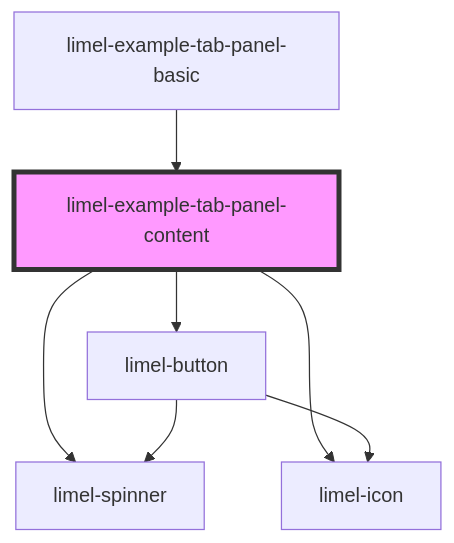
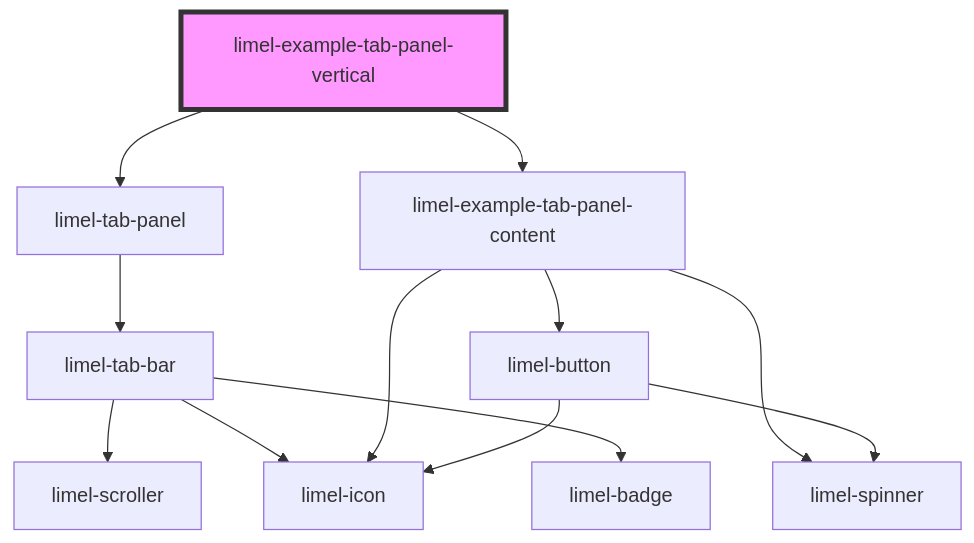
The diagram in versions/PR-4363/markdown-docs/components/tab-panel/examples/readme.md (Lundalogik/lime-elements), drawn with Mermaid before and after one commit. The commit also changed other lines of this file and 591 other files, not shown here.

````diff
--- a/versions/PR-4363/markdown-docs/components/tab-panel/examples/readme.md
+++ b/versions/PR-4363/markdown-docs/components/tab-panel/examples/readme.md
@@ -32,10 +25,15 @@
 ```mermaid
 graph TD;
+  limel-example-tab-panel-vertical --> limel-tab-panel
+  limel-example-tab-panel-vertical --> limel-example-tab-panel-content
+  limel-tab-panel --> limel-tab-bar
+  limel-tab-bar --> limel-scroller
+  limel-tab-bar --> limel-icon
+  limel-tab-bar --> limel-badge
   limel-example-tab-panel-content --> limel-spinner
   limel-example-tab-panel-content --> limel-icon
   limel-example-tab-panel-content --> limel-button
   limel-button --> limel-icon
   limel-button --> limel-spinner
-  limel-example-tab-panel-basic --> limel-example-tab-panel-content
-  style limel-example-tab-panel-content fill:#f9f,stroke:#333,stroke-width:4px
+  style limel-example-tab-panel-vertical fill:#f9f,stroke:#333,stroke-width:4px
 ```
````
